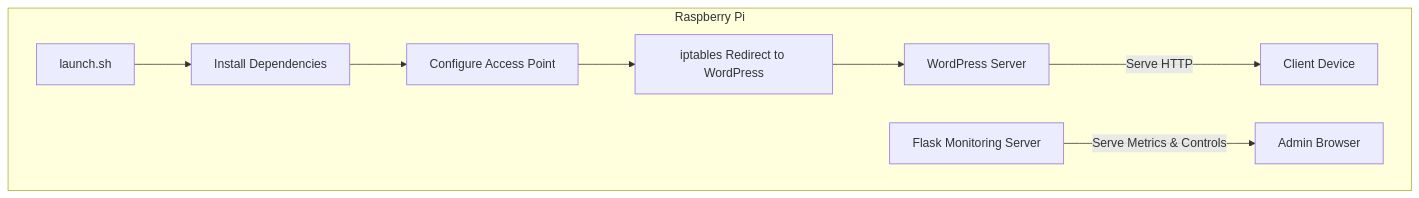
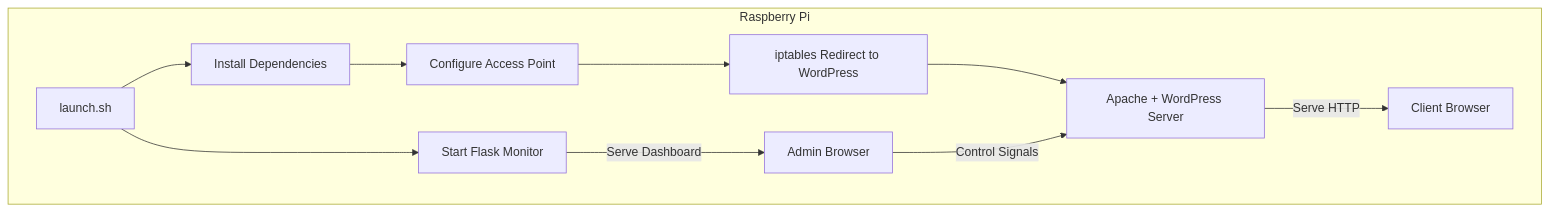
The diagram in README.md (JoshAyersSBT/AP_mode_wordpress_launcher), drawn with Mermaid before and after one commit. The commit also changed other lines of this file, not shown here.

````diff
--- a/README.md
+++ b/README.md
@@ -59,11 +59,13 @@
 ```mermaid
 graph TD
     subgraph Raspberry Pi
         A[launch.sh] --> B[Install Dependencies]
         B --> C[Configure Access Point]
         C --> D[iptables Redirect to WordPress]
-        D --> E[WordPress Server]
-        E -->|Serve HTTP| G[Client Device]
-        F[Flask Monitoring Server] -->|Serve Metrics & Controls| H[Admin Browser]
+        D --> E[Apache + WordPress Server]
+        A --> F[Start Flask Monitor]
+        E -->|Serve HTTP| G[Client Browser]
+        F -->|Serve Dashboard| H[Admin Browser]
+        H -->|Control Signals| E
     end
 ```
````
